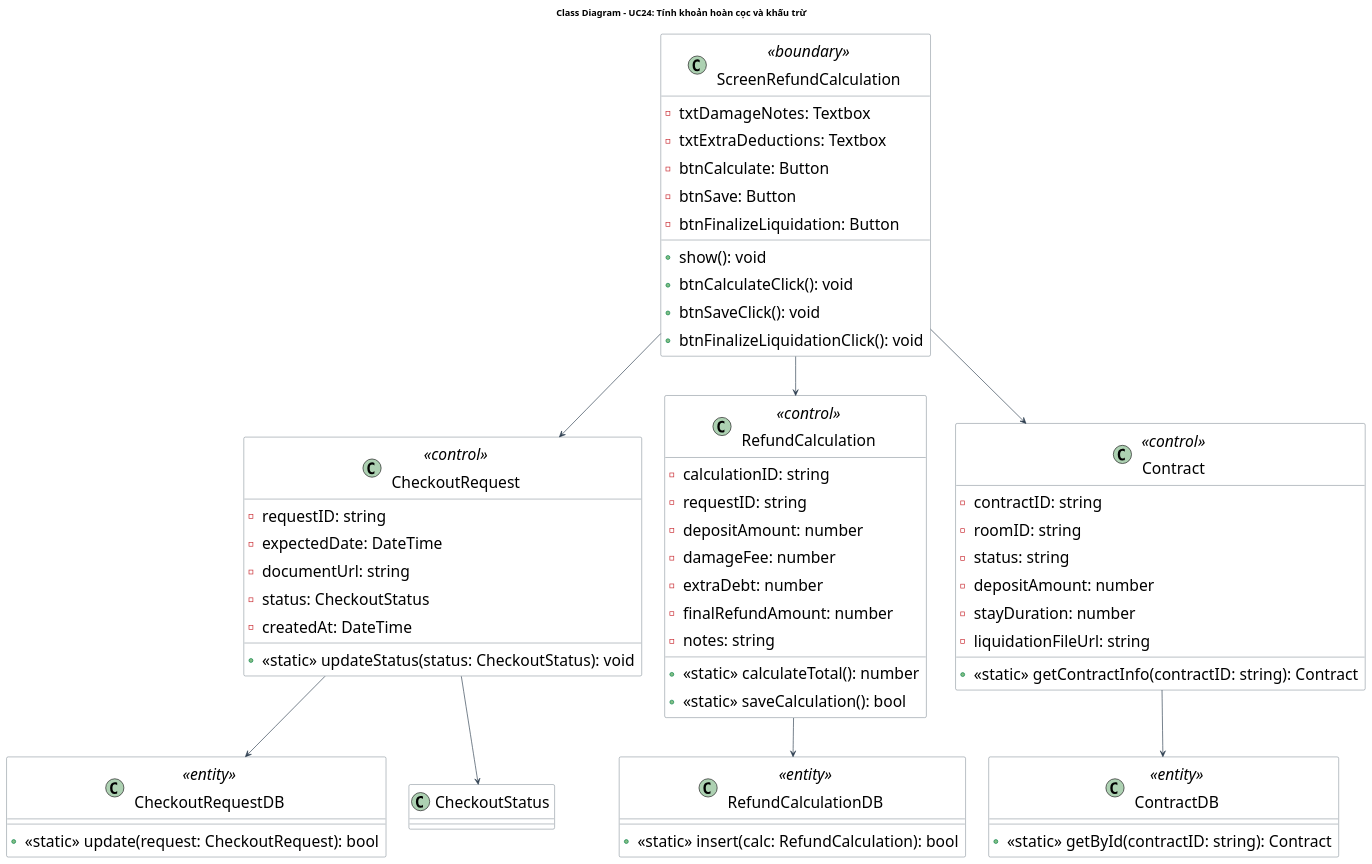
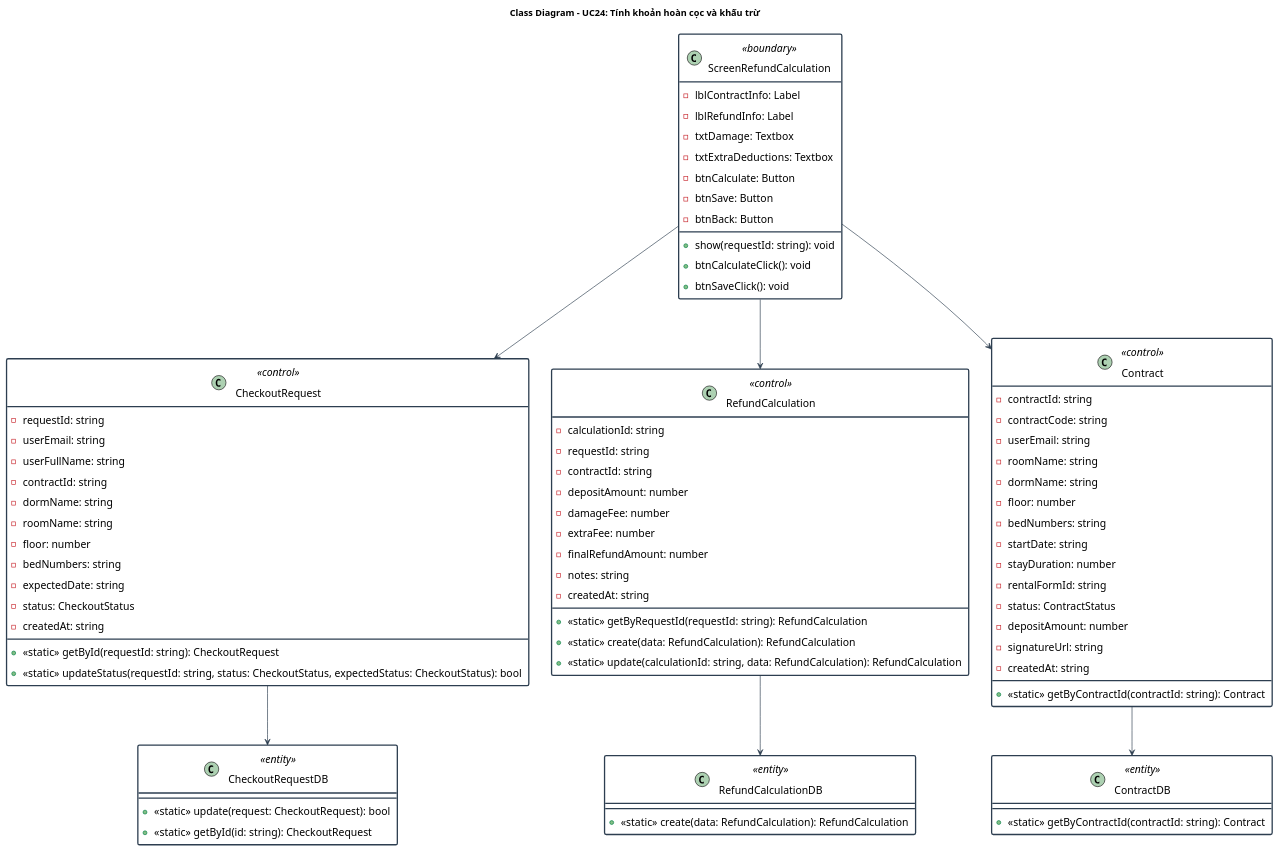
The diagram in doc/system/tinh_hoan_coc_khau_tru/TinhHoanCocKhauTru_ClassDiagram.wsd (Gnourt812005/HCMUS-Analyze-and-desgin-IS), drawn with PlantUML before and after one commit. The commit also changed 9 other files, not shown here.

Commit message:
quangdo/diagrams: reviewed diagrams

```diff
--- a/doc/system/tinh_hoan_coc_khau_tru/TinhHoanCocKhauTru_ClassDiagram.wsd
+++ b/doc/system/tinh_hoan_coc_khau_tru/TinhHoanCocKhauTru_ClassDiagram.wsd
@@ -1,76 +1,97 @@
 @startuml TinhHoanCocKhauTru_ClassDiagram
 title Class Diagram - UC24: Tính khoản hoàn cọc và khấu trừ
 
 skinparam {
     ClassBackgroundColor White
+    ArrowColor #2D3E50
     ClassBorderColor #2D3E50
-    ArrowColor #2D3E50
     DefaultFontName "Arial"
-    DefaultFontSize 24
+    DefaultFontSize 16
+    ClassBorderThickness 2
+    StereotypeFontColor #2D3E50
     Padding 5
 }
 
 class "ScreenRefundCalculation" as CalculateRefundScreen <<boundary>> {
-  - txtDamageNotes: Textbox
+  - lblContractInfo: Label
+  - lblRefundInfo: Label
+  - txtDamage: Textbox
   - txtExtraDeductions: Textbox
   - btnCalculate: Button
   - btnSave: Button
-  - btnFinalizeLiquidation: Button
-  + show(): void
+  - btnBack: Button
+  + show(requestId: string): void
   + btnCalculateClick(): void
   + btnSaveClick(): void
-  + btnFinalizeLiquidationClick(): void
 }
 
 class "CheckoutRequest" as CheckoutRequest <<control>> {
-  - requestID: string
-  - expectedDate: DateTime
-  - documentUrl: string
+  - requestId: string
+  - userEmail: string
+  - userFullName: string
+  - contractId: string
+  - dormName: string
+  - roomName: string
+  - floor: number
+  - bedNumbers: string
+  - expectedDate: string
   - status: CheckoutStatus
-  - createdAt: DateTime
-  + <<static>> updateStatus(status: CheckoutStatus): void
+  - createdAt: string
+  + <<static>> getById(requestId: string): CheckoutRequest 
+  + <<static>> updateStatus(requestId: string, status: CheckoutStatus, expectedStatus: CheckoutStatus): bool
 }
 
 class "CheckoutRequestDB" as CheckoutRequestDB <<entity>> {
   + <<static>> update(request: CheckoutRequest): bool
+  + <<static>> getById(id: string): CheckoutRequest
 }
 
 class "RefundCalculation" as RefundCalculation <<control>> {
-  - calculationID: string
-  - requestID: string
+  - calculationId: string
+  - requestId: string
+  - contractId: string
   - depositAmount: number
   - damageFee: number
-  - extraDebt: number
+  - extraFee: number
   - finalRefundAmount: number
   - notes: string
-  + <<static>> calculateTotal(): number
-  + <<static>> saveCalculation(): bool
+  - createdAt: string
+  + <<static>> getByRequestId(requestId: string): RefundCalculation 
+  + <<static>> create(data: RefundCalculation): RefundCalculation
+  + <<static>> update(calculationId: string, data: RefundCalculation): RefundCalculation 
 }
 
 class "RefundCalculationDB" as RefundCalculationDB <<entity>> {
-  + <<static>> insert(calc: RefundCalculation): bool
+  + <<static>> create(data: RefundCalculation): RefundCalculation
 }
 
 class "Contract" as Contract <<control>> {
-  - contractID: string
-  - roomID: string
-  - status: string
+  - contractId: string
+  - contractCode: string
+  - userEmail: string
+  - roomName: string
+  - dormName: string
+  - floor: number
+  - bedNumbers: string
+  - startDate: string
+  - stayDuration: number
+  - rentalFormId: string
+  - status: ContractStatus
   - depositAmount: number
-  - stayDuration: number
-  - liquidationFileUrl: string
-  + <<static>> getContractInfo(contractID: string): Contract
+  - signatureUrl: string
+  - createdAt: string
+  + <<static>> getByContractId(contractId: string): Contract 
 }
 
 class "ContractDB" as ContractDB <<entity>> {
-  + <<static>> getById(contractID: string): Contract
+  + <<static>> getByContractId(contractId: string): Contract 
 }
 
 CalculateRefundScreen --> RefundCalculation
 RefundCalculation --> RefundCalculationDB
 CalculateRefundScreen --> Contract
 Contract --> ContractDB
 CalculateRefundScreen --> CheckoutRequest
 CheckoutRequest --> CheckoutRequestDB
-CheckoutRequest --> CheckoutStatus
 
 @enduml
```
